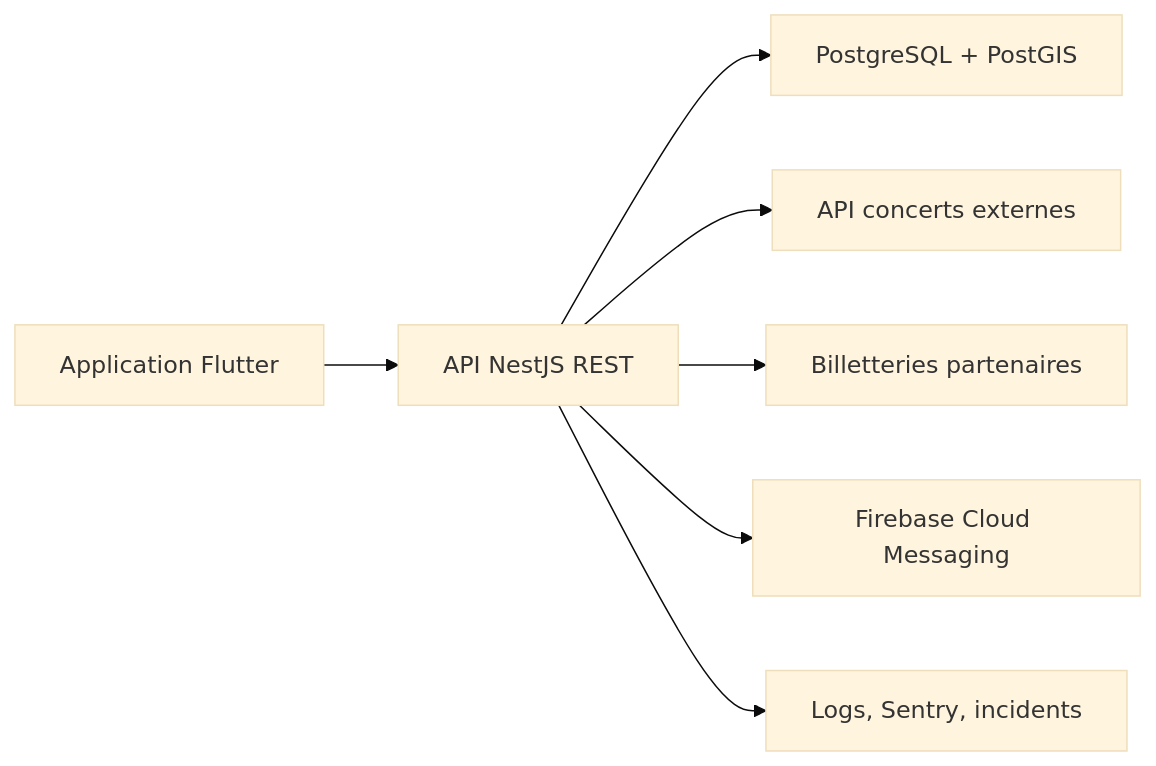
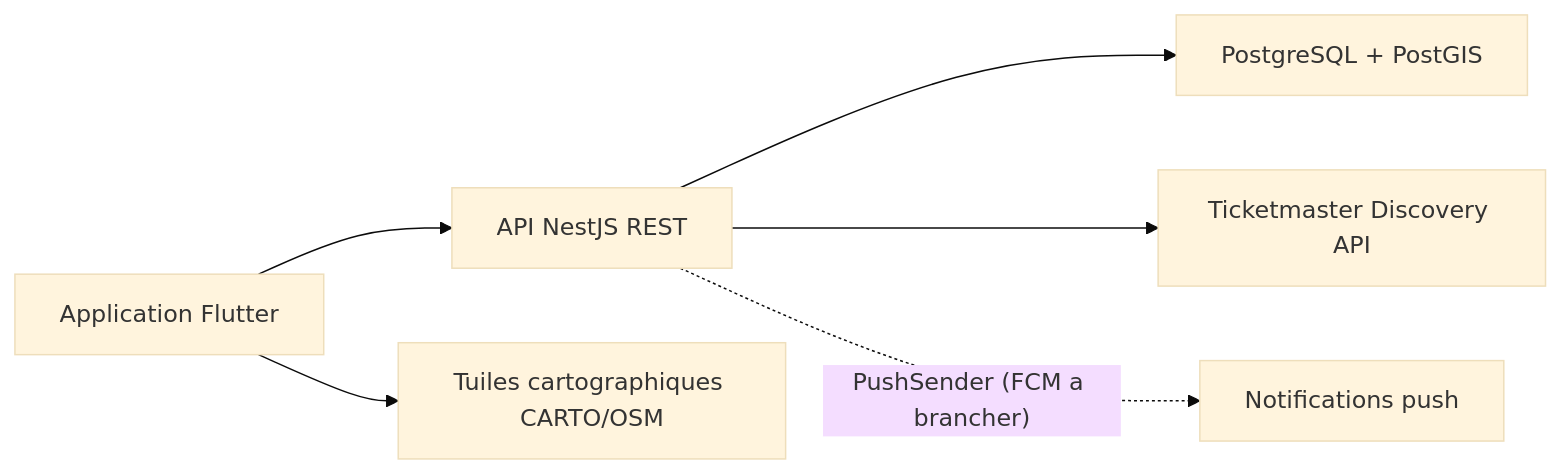
Before and after one commit to Vincent-Altmann/LiveAround: the diagram in docs/architecture.md, drawn with Mermaid (base theme). The commit also changed other lines of this file and 43 other files, not shown here.

````diff
--- a/docs/architecture.md
+++ b/docs/architecture.md
@@ -7,9 +7,8 @@
 ```mermaid
 flowchart LR
   Mobile["Application Flutter"] --> Api["API NestJS REST"]
   Api --> Db["PostgreSQL + PostGIS"]
-  Api --> ConcertApis["API concerts externes"]
-  Api --> Ticketing["Billetteries partenaires"]
-  Api --> Fcm["Firebase Cloud Messaging"]
-  Api --> Monitoring["Logs, Sentry, incidents"]
+  Api --> Tm["Ticketmaster Discovery API"]
+  Api -. "PushSender (FCM a brancher)" .-> Fcm["Notifications push"]
+  Mobile --> Osm["Tuiles cartographiques CARTO/OSM"]
 ```
````
